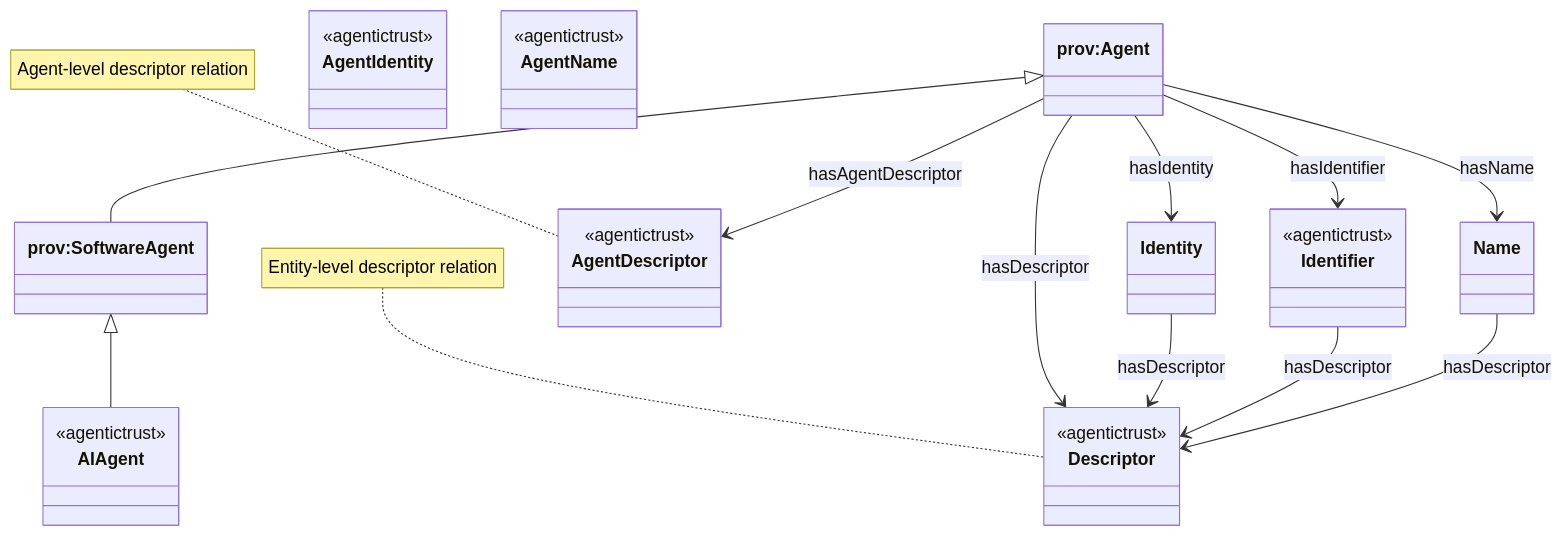
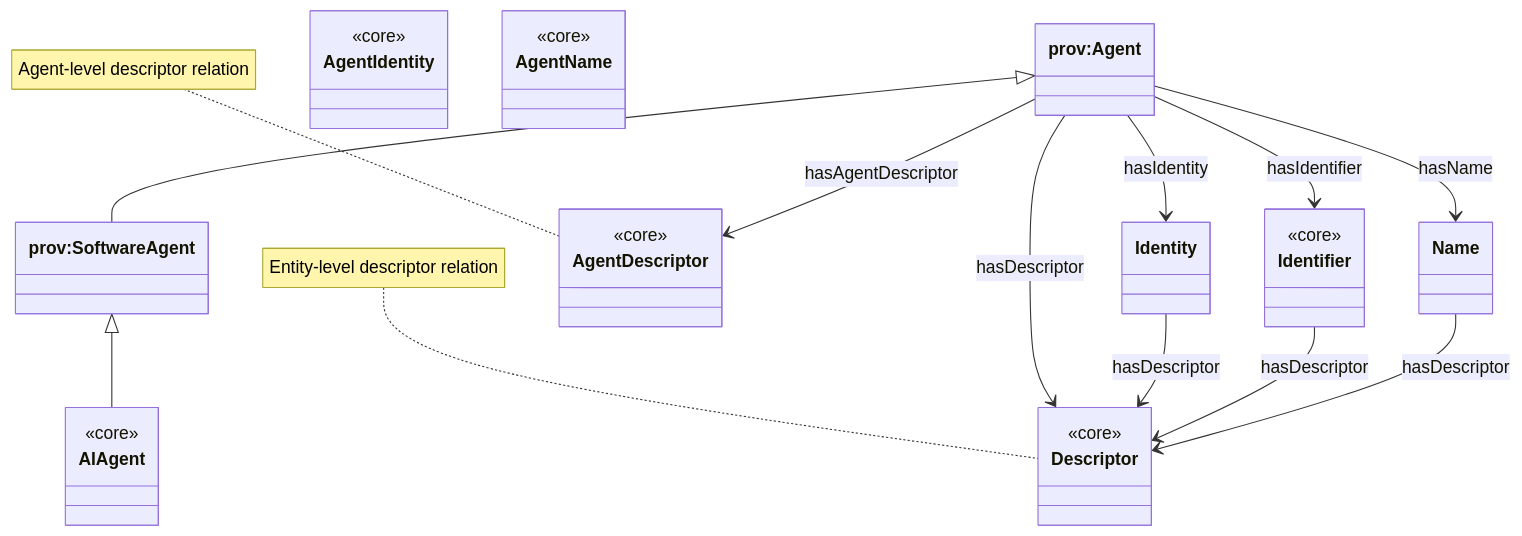
One commit to Agentic-Trust-Layer/agent-explorer changed the second of 3 diagrams in docs/ontology/agent.md. Above: the diagram before and after it, drawn with Mermaid. The commit also changed other lines of this file and 49 other files, not shown here.

````diff
--- a/docs/ontology/agent.md
+++ b/docs/ontology/agent.md
@@ -113,42 +120,42 @@
 ```mermaid
 classDiagram
     class provAgent["prov:Agent"]
     class provSoftwareAgent["prov:SoftwareAgent"]
     class AIAgent {
-        <<agentictrust>>
+        <<core>>
     }
 
     class AgentIdentity {
-        <<agentictrust>>
+        <<core>>
     }
     class Identifier {
-        <<agentictrust>>
+        <<core>>
     }
     class AgentName {
-        <<agentictrust>>
+        <<core>>
     }
 
     class Descriptor {
-        <<agentictrust>>
+        <<core>>
     }
     class AgentDescriptor {
-        <<agentictrust>>
+        <<core>>
     }
 
     provAgent <|-- provSoftwareAgent
     provSoftwareAgent <|-- AIAgent
 
     provAgent --> Identity : hasIdentity
     provAgent --> Identifier : hasIdentifier
     provAgent --> Name : hasName
 
     provAgent --> AgentDescriptor : hasAgentDescriptor
 
     provAgent --> Descriptor : hasDescriptor
     Identity --> Descriptor : hasDescriptor
     Identifier --> Descriptor : hasDescriptor
     Name --> Descriptor : hasDescriptor
 
     note for AgentDescriptor "Agent-level descriptor relation"
     note for Descriptor "Entity-level descriptor relation"
 ```
````
